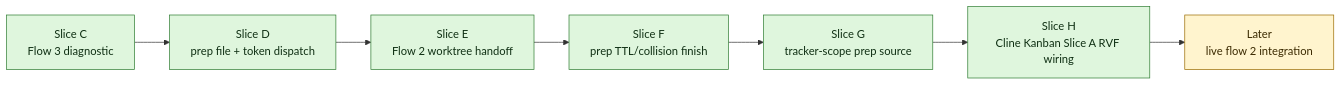
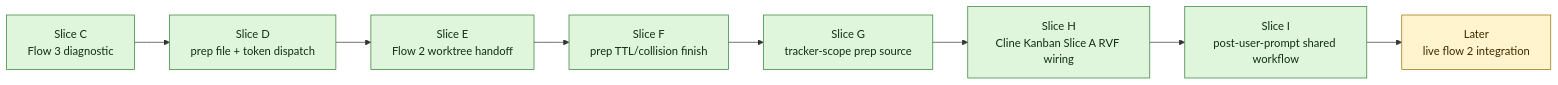
The diagram in docs/rvf-dispatch-flow-overhaul-phase-report.md (RealmX1/review-validate-fix), drawn with Mermaid before and after one commit. The commit also changed other lines of this file and 10 other files, not shown here.

````diff
--- a/docs/rvf-dispatch-flow-overhaul-phase-report.md
+++ b/docs/rvf-dispatch-flow-overhaul-phase-report.md
@@ -7,21 +7,23 @@
 ```mermaid
 flowchart LR
   A[Slice C<br/>Flow 3 diagnostic] --> B[Slice D<br/>prep file + token dispatch]
   B --> C[Slice E<br/>Flow 2 worktree handoff]
   C --> D[Slice F<br/>prep TTL/collision finish]
   D --> E[Slice G<br/>tracker-scope prep source]
   E --> F[Slice H<br/>Cline Kanban Slice A RVF wiring]
-  F --> H[Later<br/>live flow 2 integration]
+  F --> G[Slice I<br/>post-user-prompt shared workflow]
+  G --> H[Later<br/>live flow 2 integration]
 
   A:::done
   B:::done
   C:::done
   D:::done
   E:::done
   F:::done
+  G:::done
   H:::next
 
   classDef done fill:#dff6dd,stroke:#2f7d32,color:#0f2f13;
   classDef next fill:#fff4ce,stroke:#9a6b00,color:#3b2a00;
   classDef todo fill:#eef2f7,stroke:#64748b,color:#1f2937;
 ```
````
